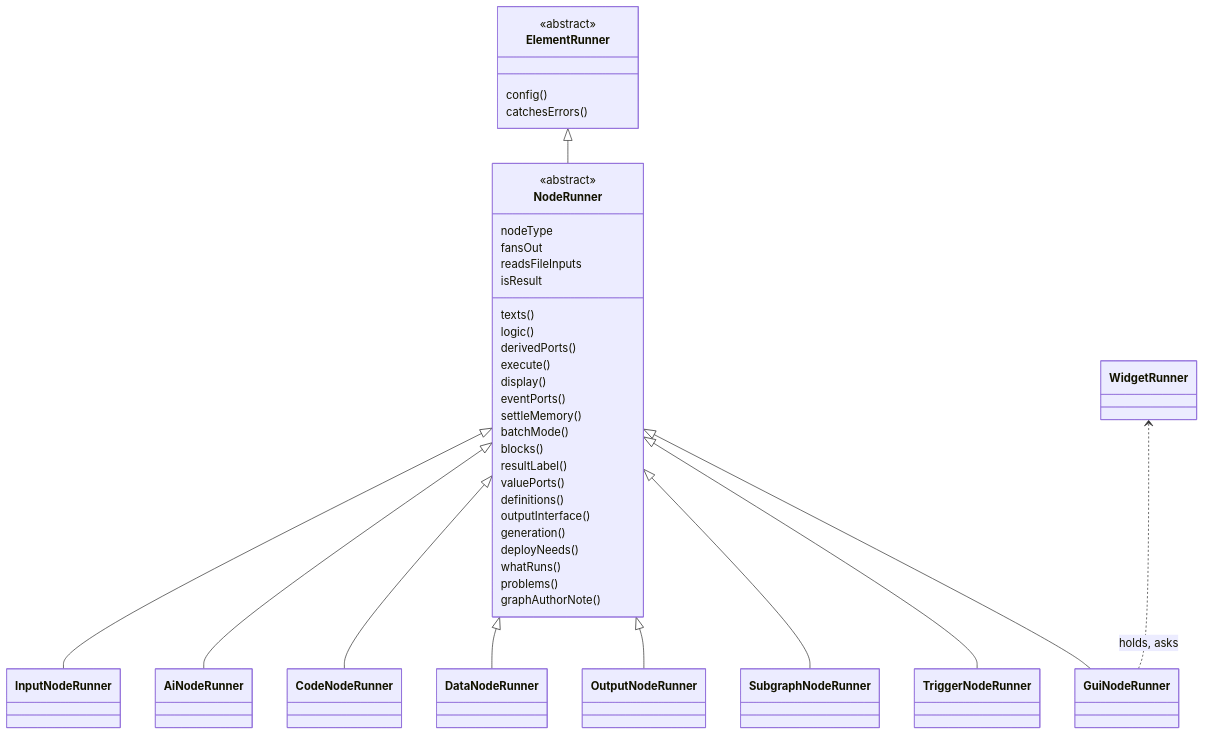
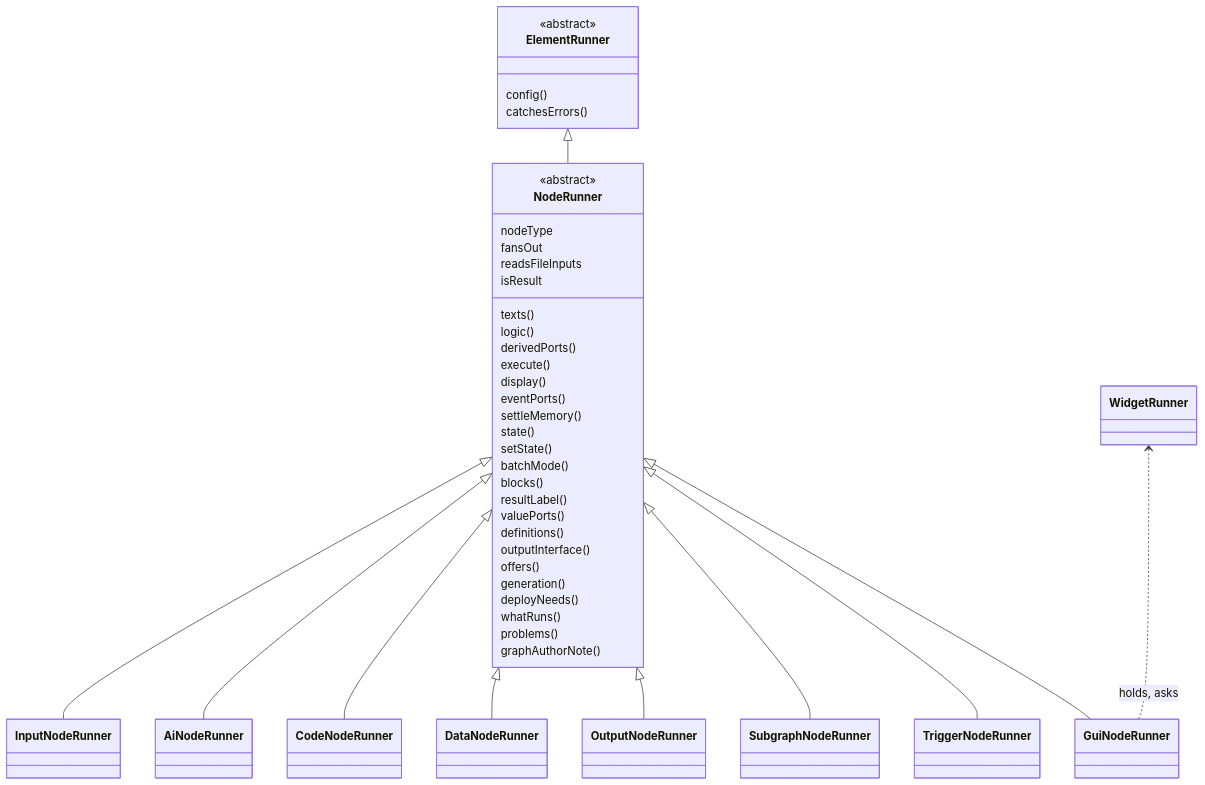
Before and after one commit to Archimedes79/AI_Graph: the third of 9 diagrams in arch/overview.md, drawn with Mermaid. The commit also changed other lines of this file and 16 other files, not shown here.

````diff
--- a/arch/overview.md
+++ b/arch/overview.md
@@ -167,43 +204,46 @@
 ```mermaid
 classDiagram
   class ElementRunner {
     <<abstract>>
     config()
     catchesErrors()
   }
   class NodeRunner {
     <<abstract>>
     nodeType
     texts()
     logic()
     derivedPorts()
     execute()
     display()
     eventPorts()
     settleMemory()
+    state()
+    setState()
     fansOut
     batchMode()
     readsFileInputs
     blocks()
     isResult
     resultLabel()
     valuePorts()
     definitions()
     outputInterface()
+    offers()
     generation()
     deployNeeds()
     whatRuns()
     problems()
     graphAuthorNote()
   }
   ElementRunner <|-- NodeRunner
   NodeRunner <|-- InputNodeRunner
   NodeRunner <|-- AiNodeRunner
   NodeRunner <|-- CodeNodeRunner
   NodeRunner <|-- DataNodeRunner
   NodeRunner <|-- OutputNodeRunner
   NodeRunner <|-- SubgraphNodeRunner
   NodeRunner <|-- TriggerNodeRunner
   NodeRunner <|-- GuiNodeRunner
   WidgetRunner <.. GuiNodeRunner : holds, asks
 ```
````
